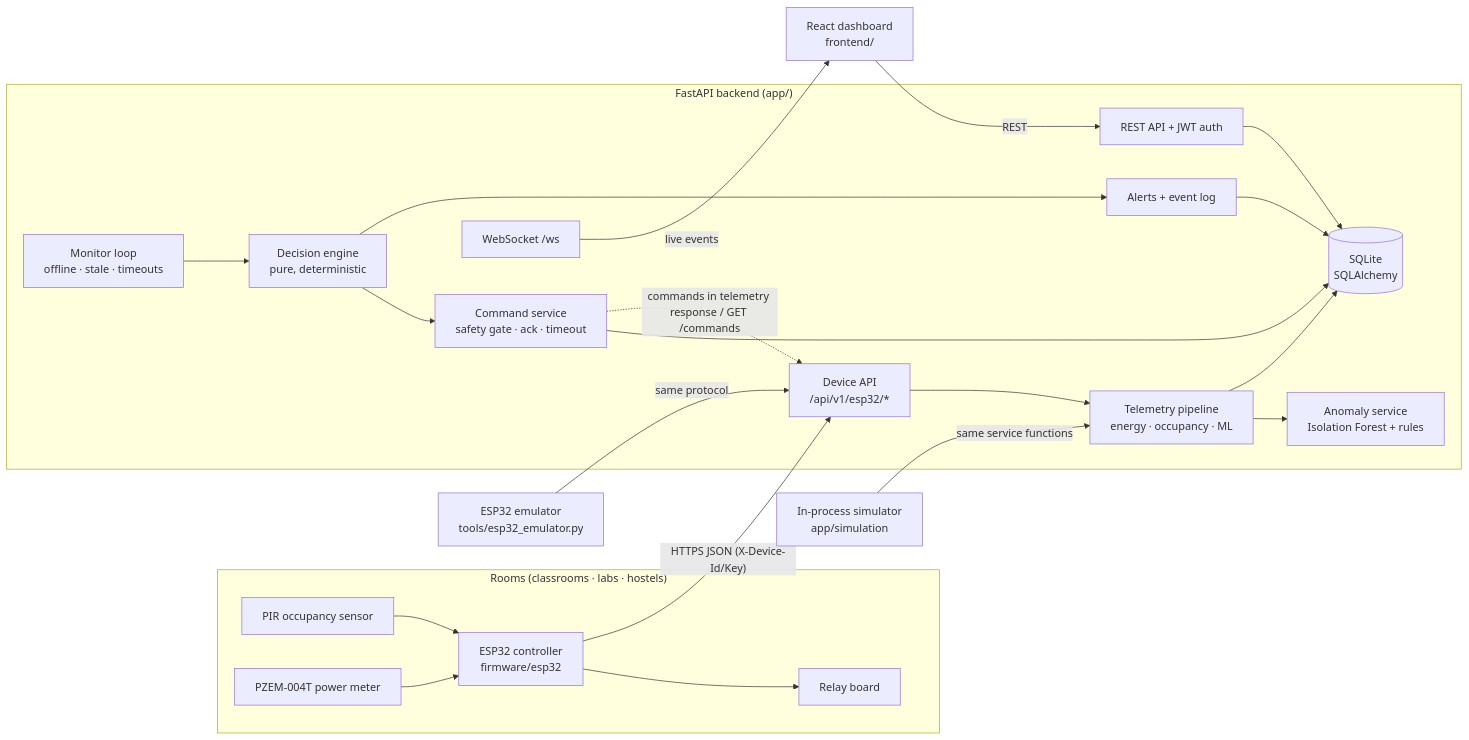
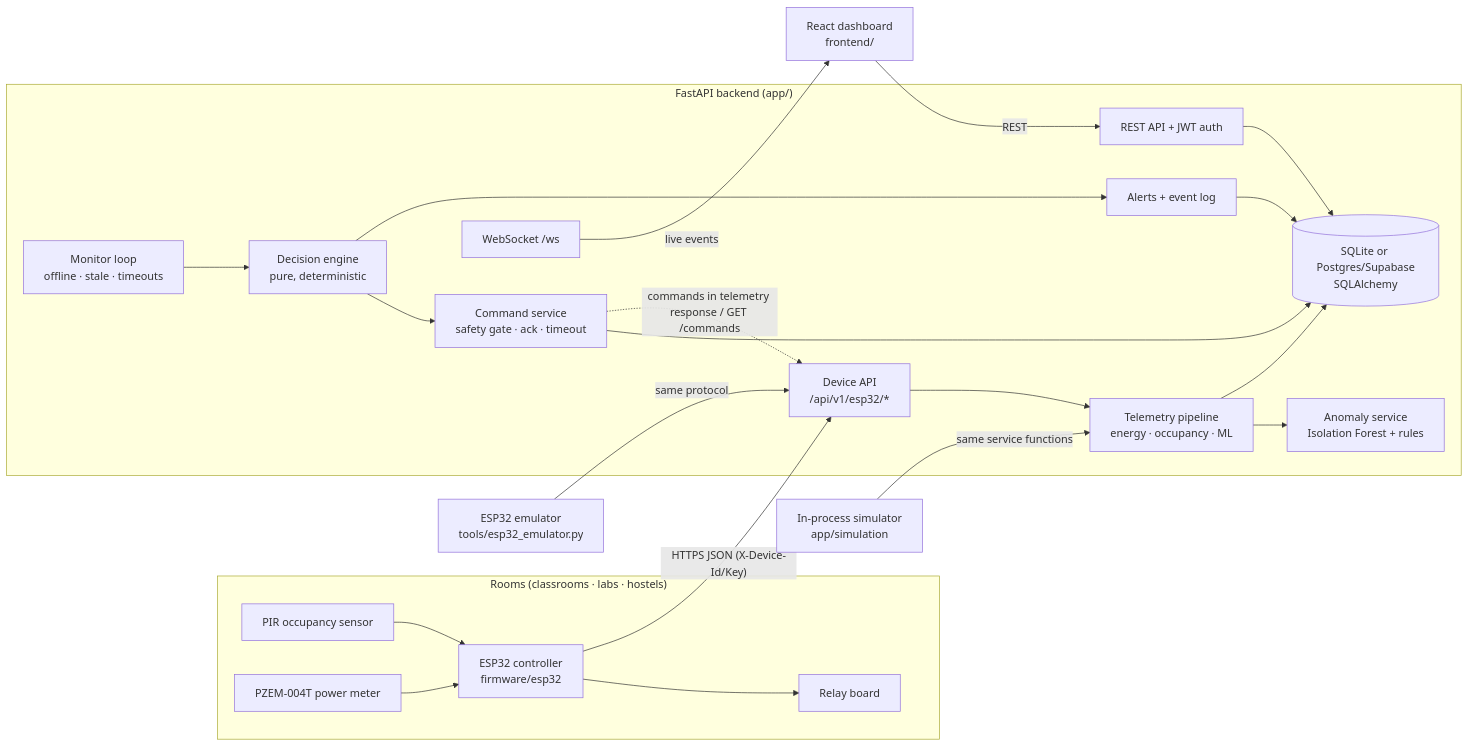
The first of 3 diagrams in docs/ARCHITECTURE.md (sUYASHT21/ENERGY-GUARDIAN), drawn with Mermaid before and after one commit. The commit also changed other lines of this file and 14 other files, not shown here.

First line of the commit message:
Free cloud stack: Supabase Postgres support for Vercel + Render deployment

````diff
--- a/docs/ARCHITECTURE.md
+++ b/docs/ARCHITECTURE.md
@@ -5,44 +5,44 @@
 ```mermaid
 flowchart LR
   subgraph Field["Rooms (classrooms · labs · hostels)"]
     PIR[PIR occupancy sensor]
     PZEM[PZEM-004T power meter]
     REL[Relay board]
     ESP[ESP32 controller<br/>firmware/esp32]
     PIR --> ESP
     PZEM --> ESP
     ESP --> REL
   end
   EMU[ESP32 emulator<br/>tools/esp32_emulator.py]
   SIM[In-process simulator<br/>app/simulation]
 
   subgraph Backend["FastAPI backend (app/)"]
     DEV[Device API<br/>/api/v1/esp32/*]
     ING[Telemetry pipeline<br/>energy · occupancy · ML]
     ML[Anomaly service<br/>Isolation Forest + rules]
     MON[Monitor loop<br/>offline · stale · timeouts]
     DE[Decision engine<br/>pure, deterministic]
     CMD[Command service<br/>safety gate · ack · timeout]
     ALR[Alerts + event log]
     API[REST API + JWT auth]
     WS[WebSocket /ws]
-    DB[(SQLite<br/>SQLAlchemy)]
+    DB[(SQLite or Postgres/Supabase<br/>SQLAlchemy)]
   end
   UI[React dashboard<br/>frontend/]
 
   ESP -- "HTTPS JSON (X-Device-Id/Key)" --> DEV
   EMU -- same protocol --> DEV
   SIM -- same service functions --> ING
   DEV --> ING
   ING --> ML
   ING --> DB
   MON --> DE
   DE --> CMD
   DE --> ALR
   CMD --> DB
   ALR --> DB
   CMD -. "commands in telemetry response / GET /commands" .-> DEV
   API --> DB
   UI -- REST --> API
   WS -- live events --> UI
 ```
````
